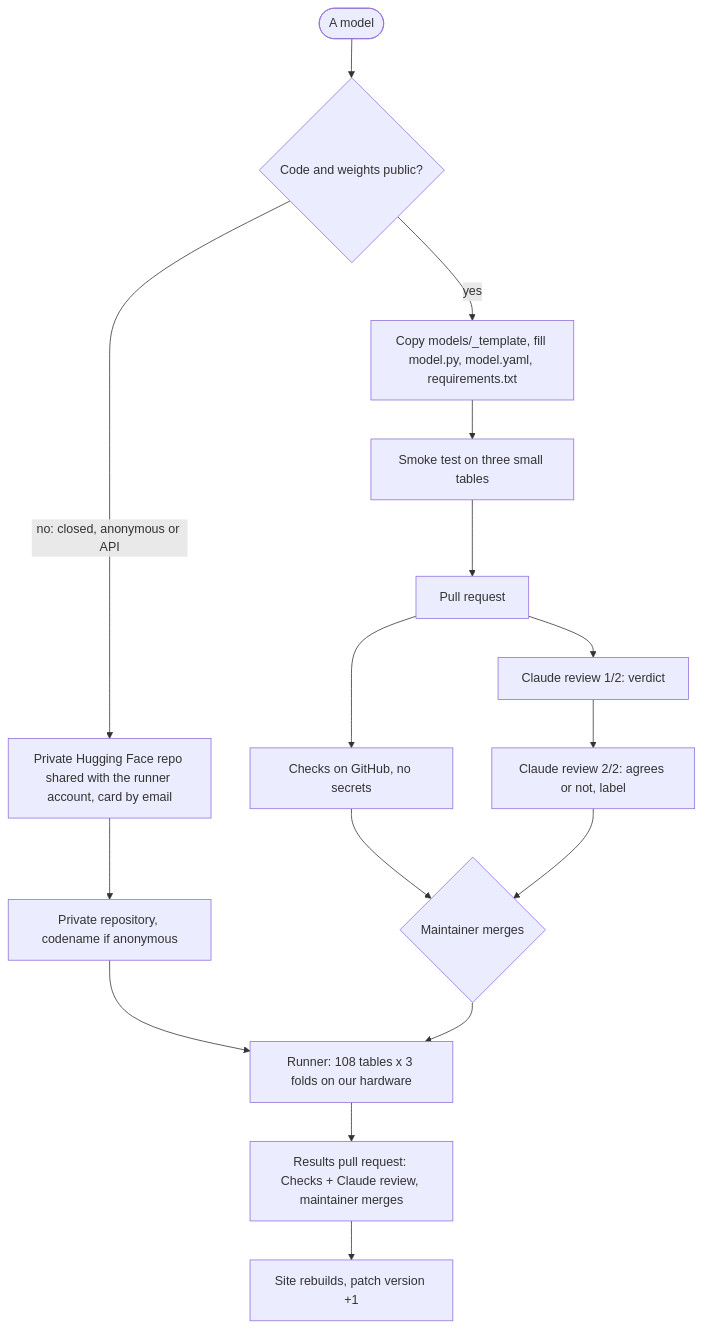
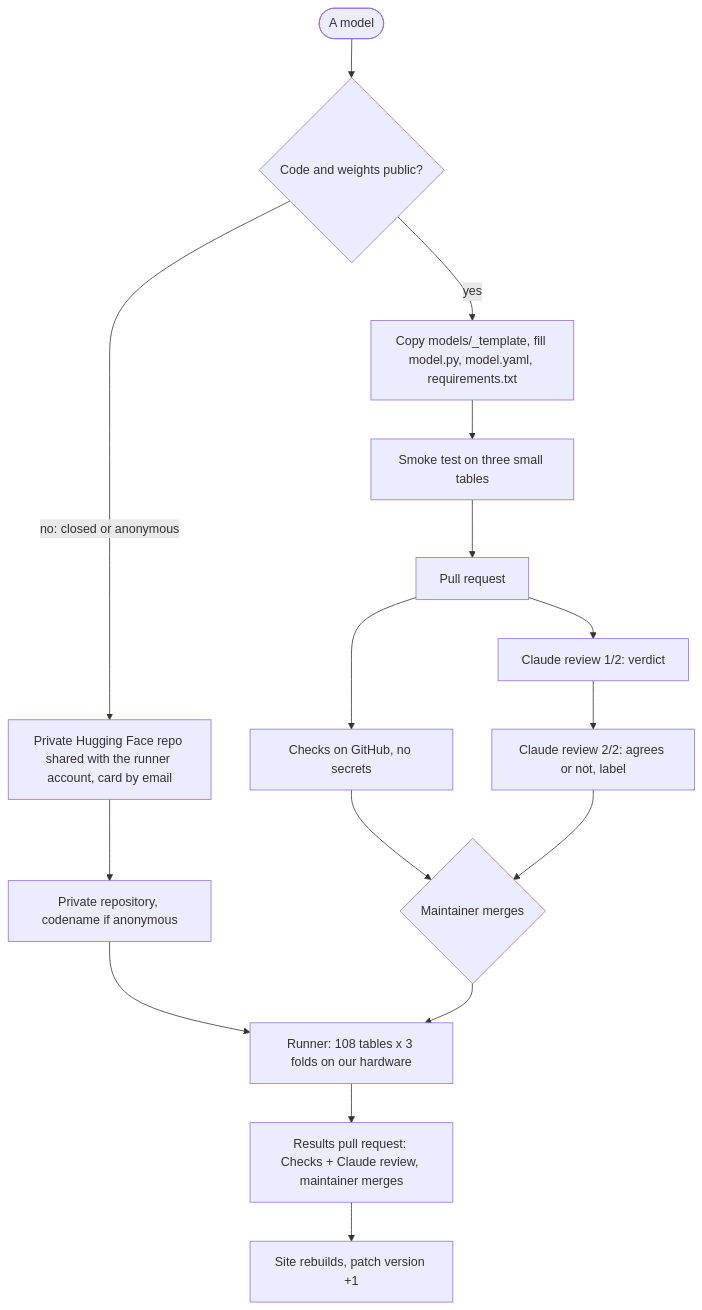
Before and after one commit to gblayer/strable-leaderboard: the diagram in docs/submitting.md, drawn with Mermaid. The commit also changed other lines of this file and 16 other files, not shown here.

````diff
--- a/docs/submitting.md
+++ b/docs/submitting.md
@@ -15,18 +15,18 @@
 ```mermaid
 flowchart TD
   A([A model]) --> B{Code and weights public?}
   B -- yes --> C[Copy models/_template, fill model.py, model.yaml, requirements.txt]
   C --> D[Smoke test on three small tables]
   D --> E[Pull request]
   E --> F[Checks on GitHub, no secrets]
   E --> G[Claude review 1/2: verdict]
   G --> H[Claude review 2/2: agrees or not, label]
   F --> I{Maintainer merges}
   H --> I
-  B -- "no: closed, anonymous or API" --> P[Private Hugging Face repo shared with the runner account, card by email]
+  B -- "no: closed or anonymous" --> P[Private Hugging Face repo shared with the runner account, card by email]
   P --> Q[Private repository, codename if anonymous]
   Q --> R
   I --> R[Runner: 108 tables x 3 folds on our hardware]
   R --> S[Results pull request: Checks + Claude review, maintainer merges]
   S --> T[Site rebuilds, patch version +1]
 ```
````
